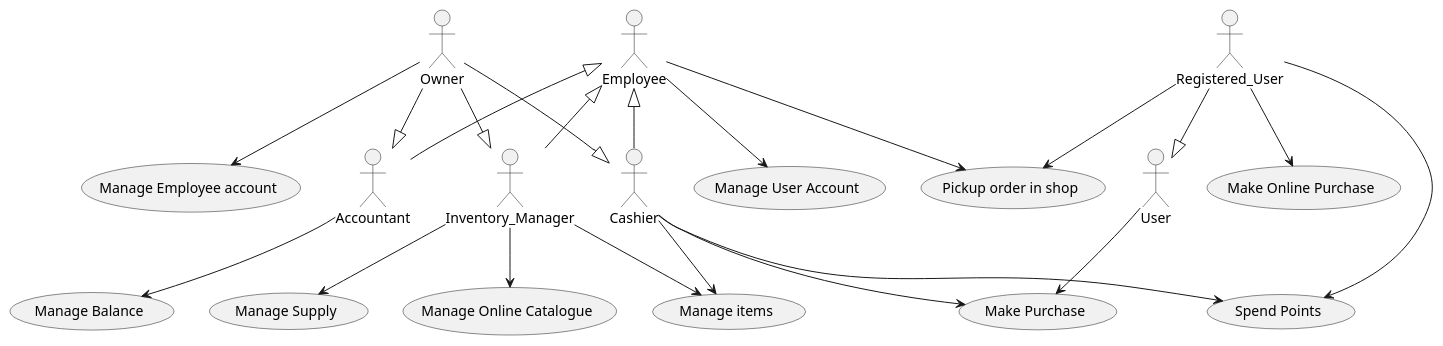
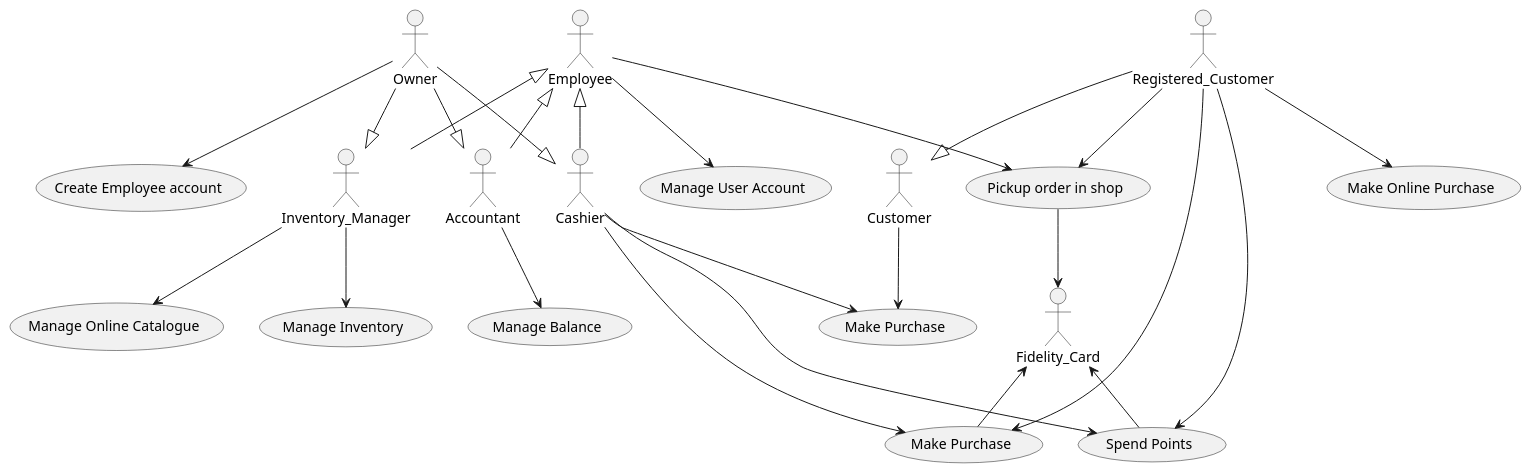
One commit to paolotron/EzshoProject31 changed the second of 7 diagrams in Deliverables/RequirementsDocument.md. Above: the diagram before and after it, drawn with PlantUML. The commit also changed other lines of this file, not shown here.

Commit message:
Update Use case diagram

````diff
--- a/Deliverables/RequirementsDocument.md
+++ b/Deliverables/RequirementsDocument.md
@@ -208,30 +208,36 @@
 ```plantuml
 @startuml
 actor Owner
 actor Employee
-actor User
+actor Customer
 actor Accountant
 actor Inventory_Manager
+actor Fidelity_Card
+(Make Purchase) as m1
+(Make Purchase) as m2
 Employee <|-- Inventory_Manager
 Employee <|-- Cashier
 Employee <|-- Accountant
 Owner --|> Inventory_Manager
 Owner --|> Cashier
 Owner --|> Accountant
 Employee --> (Manage User Account)
-Owner --> (Manage Employee account)
-Registered_User --|> User
+Owner --> (Create Employee account)
+Registered_Customer --|> Customer
 Accountant --> (Manage Balance)
-Registered_User --> (Make Online Purchase)
-User --> (Make Purchase)
-Cashier --> (Make Purchase)
-Inventory_Manager --> (Manage Supply)
-Inventory_Manager --> (Manage items)
-Cashier --> (Manage items)
+Registered_Customer --> (Make Online Purchase)
+Customer --> m1
+Cashier --> m1
+Cashier --> m2
+Registered_Customer --> m2
+Fidelity_Card <-- m2
+Inventory_Manager --> (Manage Inventory)
 Inventory_Manager --> (Manage Online Catalogue)
-Registered_User --> (Spend Points)
+Registered_Customer --> (Spend Points)
 Cashier --> (Spend Points)
-Registered_User --> (Pickup order in shop)
+Registered_Customer --> (Pickup order in shop)
 Employee --> (Pickup order in shop)
+(Pickup order in shop) --> Fidelity_Card
+Fidelity_Card <-- (Spend Points)
 @enduml
 ```
````
